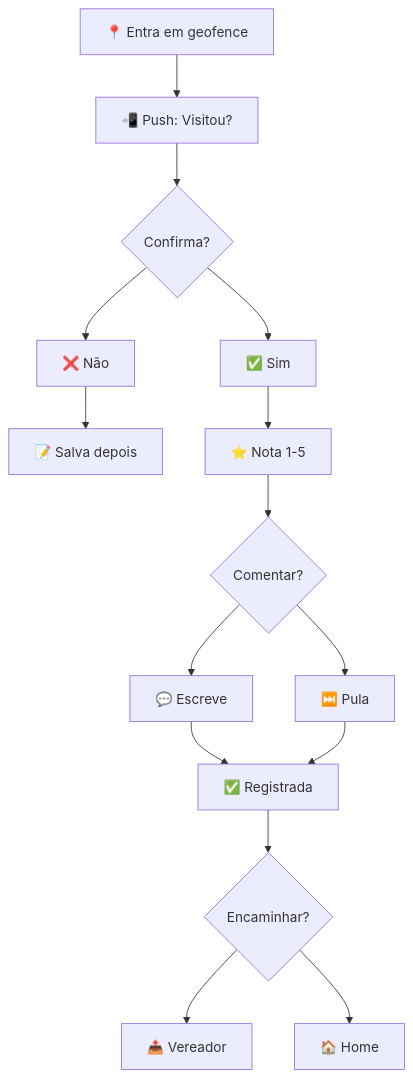
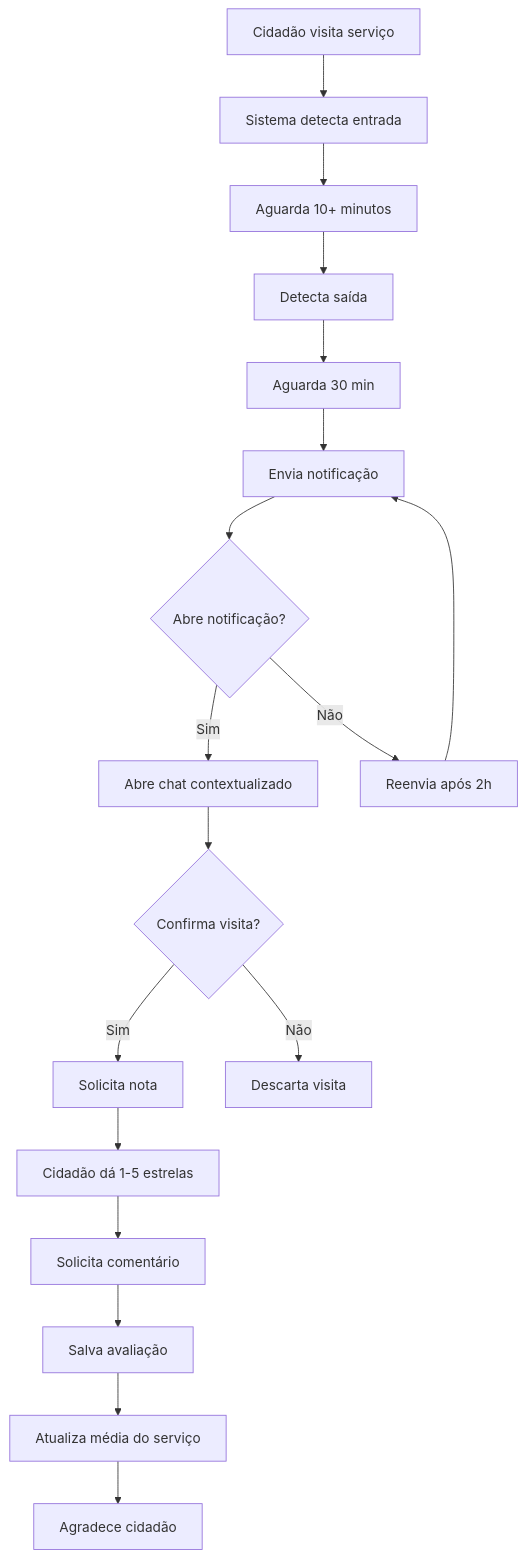
Diagram 18 of 33 in docs/ESCOPO_E_ARQUITETURA_CAMARA_NA_MAO.md (MTechnologia/camana-na-mao), drawn with Mermaid before and after one commit. The commit also changed other lines of this file, not shown here.

````diff
--- a/docs/ESCOPO_E_ARQUITETURA_CAMARA_NA_MAO.md
+++ b/docs/ESCOPO_E_ARQUITETURA_CAMARA_NA_MAO.md
@@ -785,21 +1715,23 @@
 ```mermaid
 flowchart TB
-    A["📍 Entra em geofence"] --> B["📲 Push: Visitou?"]
-    B --> C{"Confirma?"}
-    C --> D["✅ Sim"]
-    C --> E["❌ Não"]
-
-    E --> F["📝 Salva depois"]
-
-    D --> G["⭐ Nota 1-5"]
-    G --> H{"Comentar?"}
-    H --> I["💬 Escreve"]
-    H --> J["⏭️ Pula"]
-
-    I --> K["✅ Registrada"]
-    J --> K
-
-    K --> L{"Encaminhar?"}
-    L --> M["📤 Vereador"]
-    L --> N["🏠 Home"]
+    Start["Cidadão visita serviço"] --> Geofence["Sistema detecta entrada"]
+    Geofence --> Timer["Aguarda 10+ minutos"]
+    Timer --> Exit["Detecta saída"]
+    Exit --> Delay["Aguarda 30 min"]
+    Delay --> Push["Envia notificação"]
+    
+    Push --> Open{"Abre notificação?"}
+    Open -->|Sim| Chat["Abre chat contextualizado"]
+    Open -->|Não| Reminder["Reenvia após 2h"]
+    Reminder --> Push
+    
+    Chat --> Confirm{"Confirma visita?"}
+    Confirm -->|Sim| Rating["Solicita nota"]
+    Confirm -->|Não| Discard["Descarta visita"]
+    
+    Rating --> Stars["Cidadão dá 1-5 estrelas"]
+    Stars --> Comment["Solicita comentário"]
+    Comment --> Save["Salva avaliação"]
+    Save --> Update["Atualiza média do serviço"]
+    Update --> Thanks["Agradece cidadão"]
 ```
````
